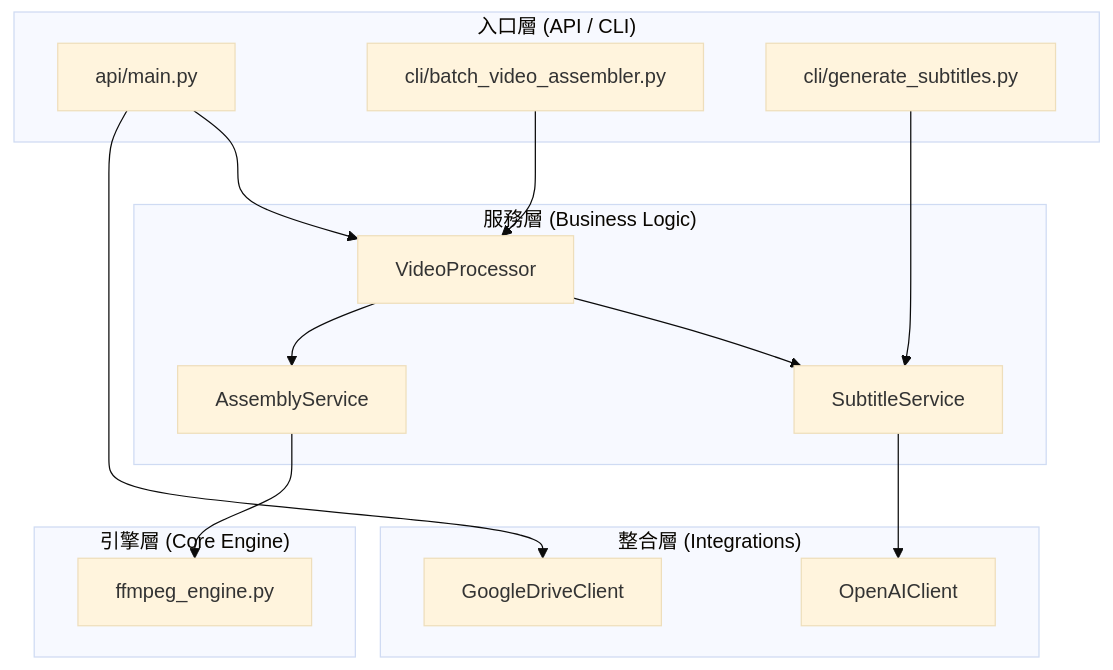
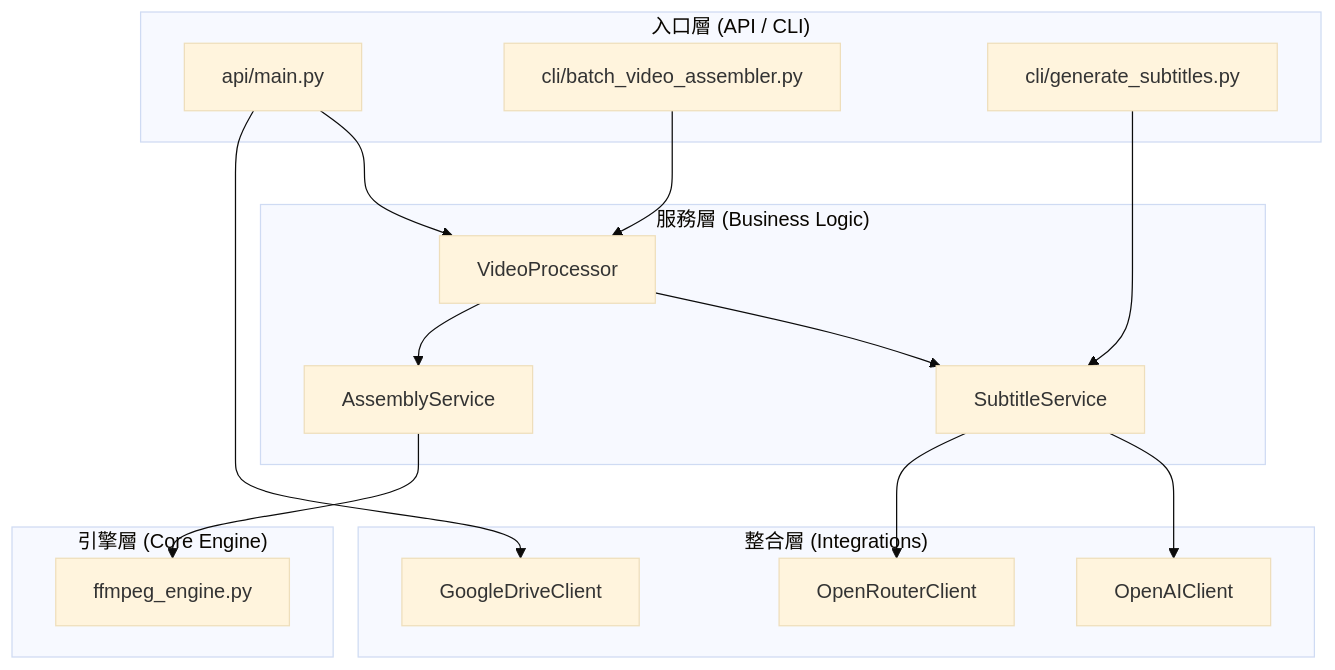
One commit to tomdhyang-byte/video_assembler changed the first of 3 diagrams in CODE_ARCHITECTURE.md. Above: the diagram before and after it, drawn with Mermaid (base theme). The commit also changed other lines of this file and 5 other files, not shown here.

Commit message:
feat: Add OpenRouter client for AI-powered subtitle segmentation, integrating it into the subtitle service and updating documentation.

````diff
--- a/CODE_ARCHITECTURE.md
+++ b/CODE_ARCHITECTURE.md
@@ -38,32 +39,34 @@
 ```mermaid
 graph TB
     subgraph "入口層 (API / CLI)"
         API[api/main.py]
         CLI_A[cli/batch_video_assembler.py]
         CLI_B[cli/generate_subtitles.py]
     end
     
     subgraph "服務層 (Business Logic)"
         VP[VideoProcessor]
         SS[SubtitleService]
         AS[AssemblyService]
     end
     
     subgraph "引擎層 (Core Engine)"
         ENG[ffmpeg_engine.py]
     end
     
     subgraph "整合層 (Integrations)"
         OPENAI[OpenAIClient]
+        OPENROUTER[OpenRouterClient]
         GDRIVE[GoogleDriveClient]
     end
     
     API --> VP
     API --> GDRIVE
     CLI_A --> VP
     CLI_B --> SS
     VP --> SS
     VP --> AS
     AS --> ENG
     SS --> OPENAI
+    SS --> OPENROUTER
 ```
````
